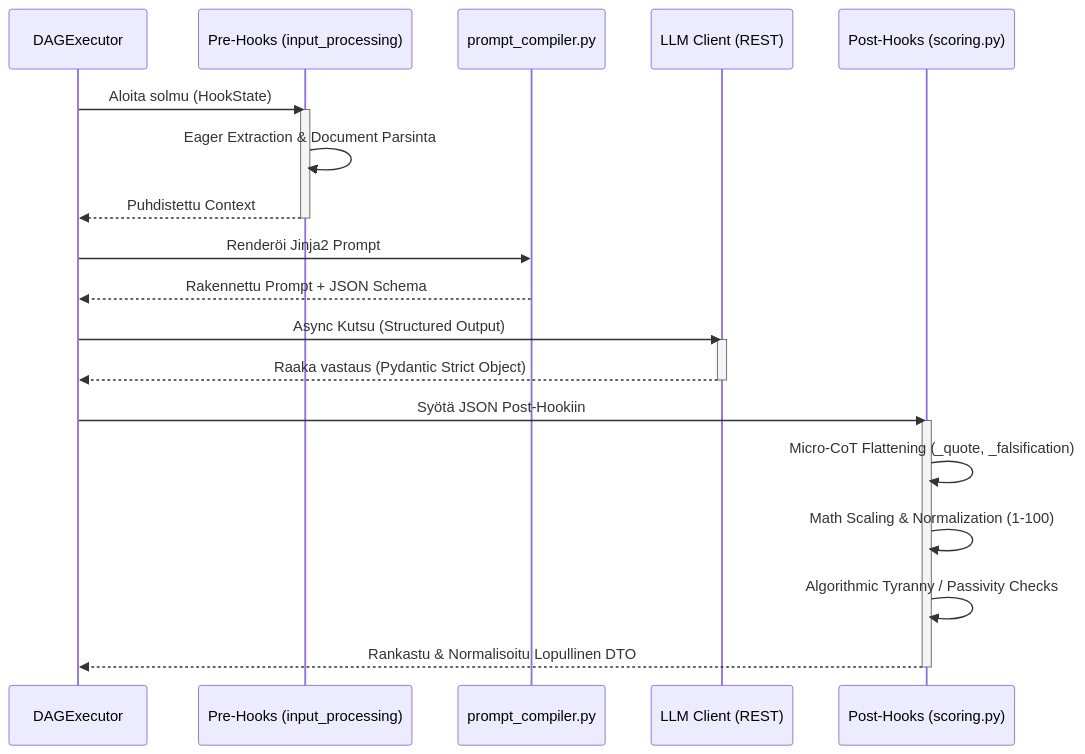
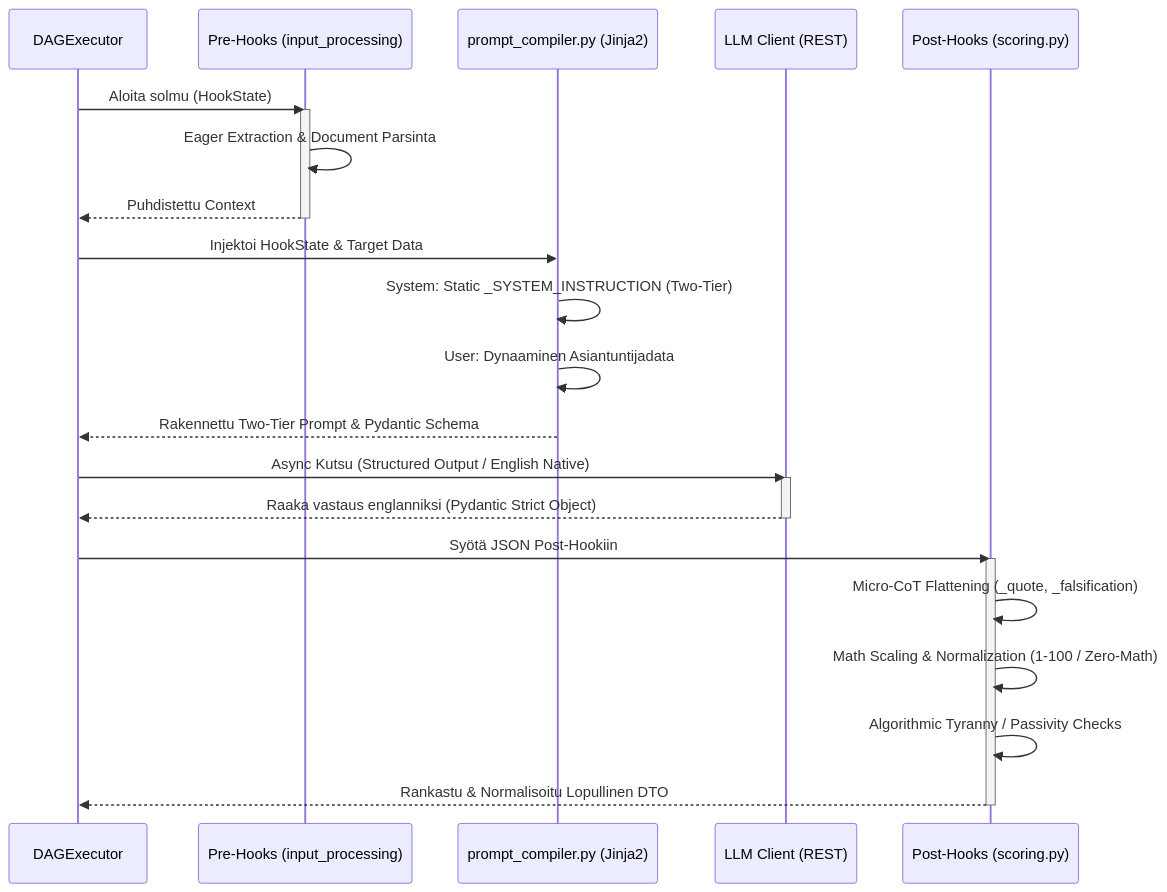
One commit to launis/quorum changed the diagram in docs/architecture/04_hooks_and_llm.md. Above: the diagram before and after it, drawn with Mermaid. The commit also changed other lines of this file and 9 other files, not shown here.

Commit message:
docs: add comprehensive architecture documentation covering dynamic rendering, persistence, and system design principles

````diff
--- a/docs/architecture/04_hooks_and_llm.md
+++ b/docs/architecture/04_hooks_and_llm.md
@@ -9,30 +9,32 @@
 ```mermaid
 sequenceDiagram
     participant Dag as DAGExecutor
     participant Pre as Pre-Hooks (input_processing)
-    participant Compiler as prompt_compiler.py
+    participant Compiler as prompt_compiler.py (Jinja2)
     participant LLM as LLM Client (REST)
     participant Post as Post-Hooks (scoring.py)
 
     Dag->>Pre: Aloita solmu (HookState)
     activate Pre
     Pre->>Pre: Eager Extraction & Document Parsinta
     Pre-->>Dag: Puhdistettu Context
     deactivate Pre
     
-    Dag->>Compiler: Renderöi Jinja2 Prompt
-    Compiler-->>Dag: Rakennettu Prompt + JSON Schema
+    Dag->>Compiler: Injektoi HookState & Target Data
+    Compiler->>Compiler: System: Static _SYSTEM_INSTRUCTION (Two-Tier)
+    Compiler->>Compiler: User: Dynaaminen Asiantuntijadata
+    Compiler-->>Dag: Rakennettu Two-Tier Prompt & Pydantic Schema
 
-    Dag->>LLM: Async Kutsu (Structured Output)
+    Dag->>LLM: Async Kutsu (Structured Output / English Native)
     activate LLM
-    LLM-->>Dag: Raaka vastaus (Pydantic Strict Object)
+    LLM-->>Dag: Raaka vastaus englanniksi (Pydantic Strict Object)
     deactivate LLM
     
     Dag->>Post: Syötä JSON Post-Hookiin
     activate Post
     Post->>Post: Micro-CoT Flattening (_quote, _falsification)
-    Post->>Post: Math Scaling & Normalization (1-100)
+    Post->>Post: Math Scaling & Normalization (1-100 / Zero-Math)
     Post->>Post: Algorithmic Tyranny / Passivity Checks
     Post-->>Dag: Rankastu & Normalisoitu Lopullinen DTO
     deactivate Post
 ```
````
